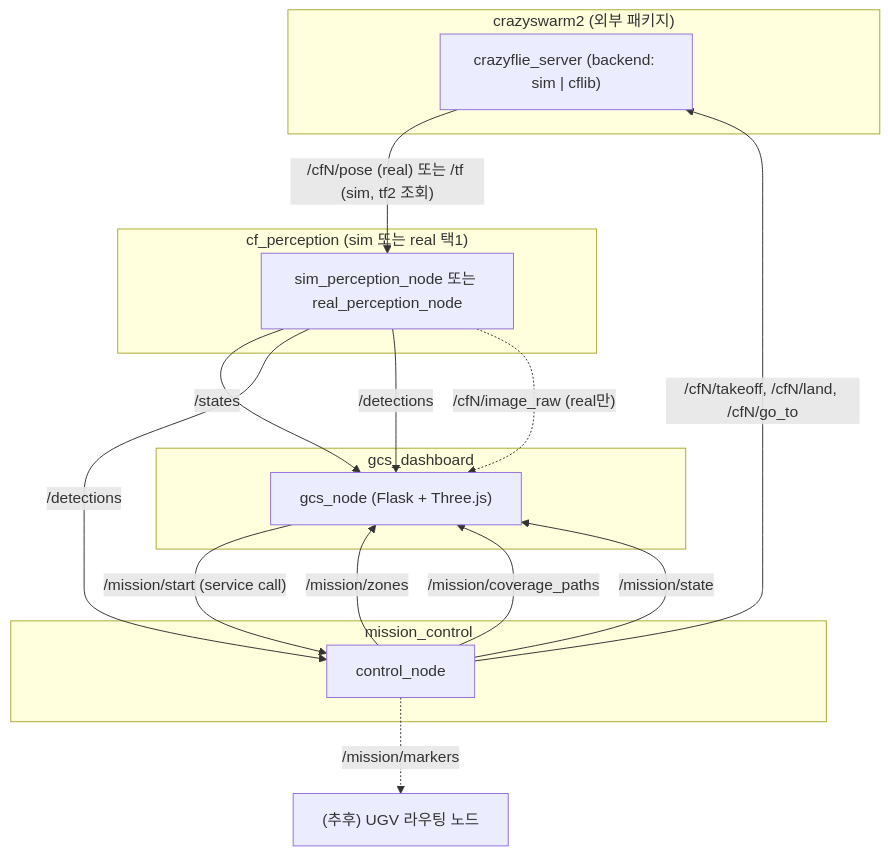
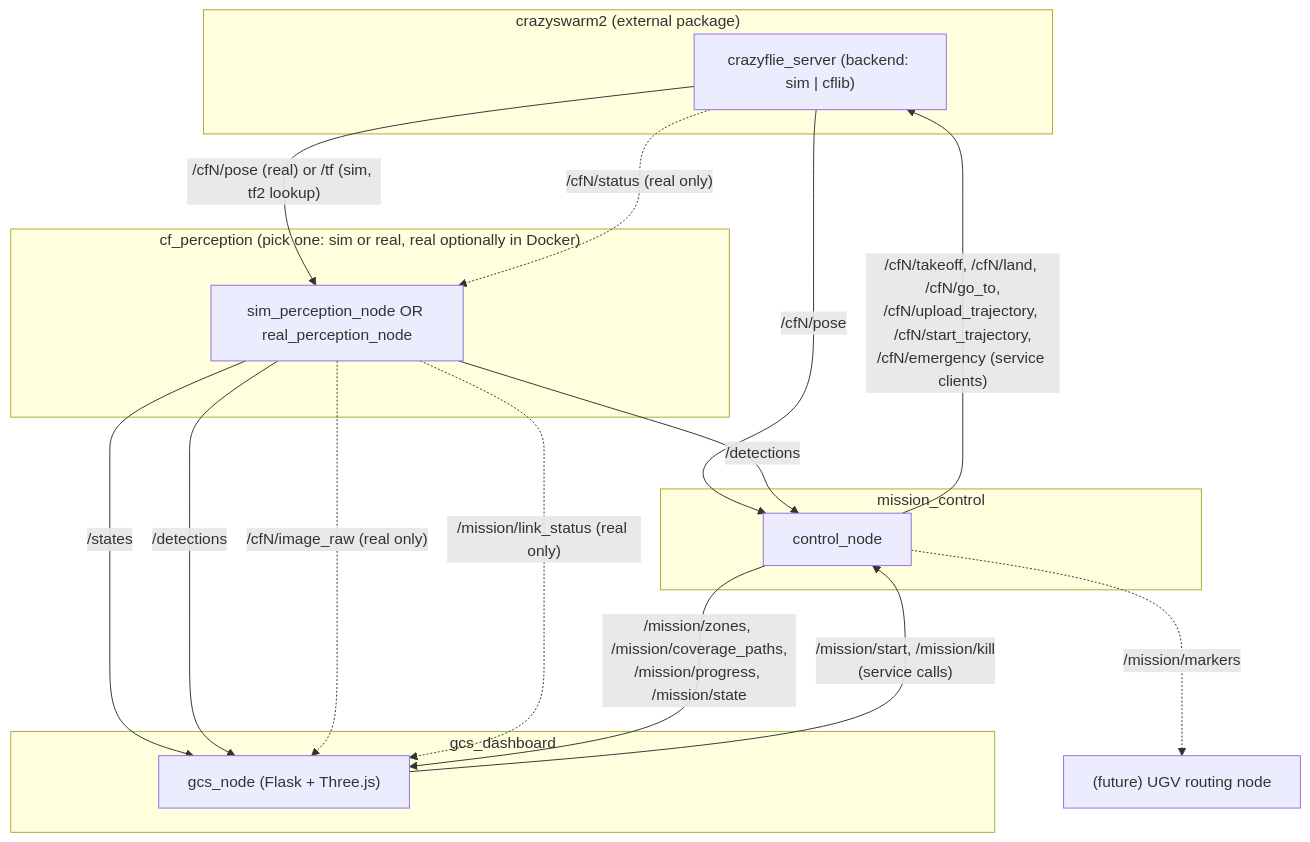
One commit to sungho2574/uav-ugv-cooperation2 changed the first of 4 diagrams in README.md. Above: the diagram before and after it, drawn with Mermaid.

Commit message:
docs: 문서 최신화

````diff
--- a/README.md
+++ b/README.md
@@ -80,35 +80,36 @@
 ```mermaid
 flowchart TD
-    subgraph crazyswarm2["crazyswarm2 (외부 패키지)"]
+    subgraph crazyswarm2["crazyswarm2 (external package)"]
         CFS["crazyflie_server (backend: sim | cflib)"]
     end
 
     subgraph mc["mission_control"]
         CTRL["control_node"]
     end
 
-    subgraph cfp["cf_perception (sim 또는 real 택1)"]
-        PERC["sim_perception_node 또는 real_perception_node"]
+    subgraph cfp["cf_perception (pick one: sim or real, real optionally in Docker)"]
+        PERC["sim_perception_node OR real_perception_node"]
     end
 
     subgraph gcs["gcs_dashboard"]
         GCS["gcs_node (Flask + Three.js)"]
     end
 
-    FUTURE["(추후) UGV 라우팅 노드"]
+    FUTURE["(future) UGV routing node"]
 
-    CTRL -->|"/cfN/takeoff, /cfN/land, /cfN/go_to"| CFS
-    CFS -->|"/cfN/pose (real) 또는 /tf (sim, tf2 조회)"| PERC
+    CTRL -->|"/cfN/takeoff, /cfN/land, /cfN/go_to,<br/>/cfN/upload_trajectory, /cfN/start_trajectory,<br/>/cfN/emergency (service clients)"| CFS
+    CFS -->|"/cfN/pose"| CTRL
+    CFS -->|"/cfN/pose (real) or /tf (sim, tf2 lookup)"| PERC
+    CFS -.->|"/cfN/status (real only)"| PERC
 
     PERC -->|"/states"| GCS
     PERC -->|"/detections"| CTRL
     PERC -->|"/detections"| GCS
-    PERC -.->|"/cfN/image_raw (real만)"| GCS
+    PERC -.->|"/cfN/image_raw (real only)"| GCS
+    PERC -.->|"/mission/link_status (real only)"| GCS
 
-    CTRL -->|"/mission/zones"| GCS
-    CTRL -->|"/mission/coverage_paths"| GCS
-    CTRL -->|"/mission/state"| GCS
+    CTRL -->|"/mission/zones, /mission/coverage_paths,<br/>/mission/progress, /mission/state"| GCS
     CTRL -.->|"/mission/markers"| FUTURE
 
-    GCS -->|"/mission/start (service call)"| CTRL
+    GCS -->|"/mission/start, /mission/kill<br/>(service calls)"| CTRL
 ```
````
